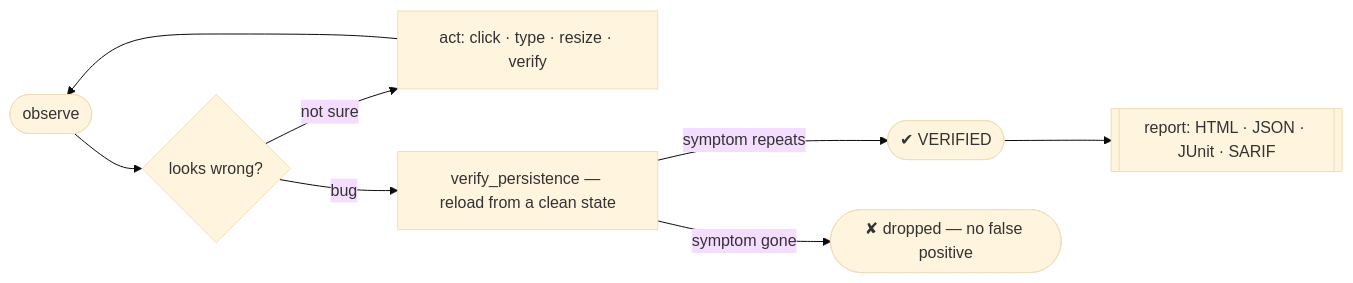
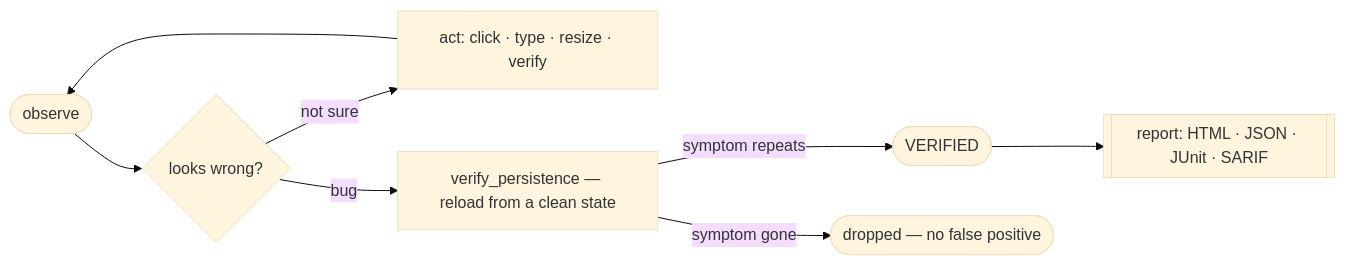
Before and after one commit to chriswu727/argus: the diagram in README.md, drawn with Mermaid (base theme). The commit also changed other lines of this file, not shown here.

````diff
--- a/README.md
+++ b/README.md
@@ -35,10 +35,10 @@
 ```mermaid
 flowchart LR
     A(["observe"]) --> B{"looks wrong?"}
     B -->|not sure| C["act: click · type · resize · verify"]
     C --> A
     B -->|bug| D["verify_persistence — reload from a clean state"]
-    D -->|symptom repeats| E(["✔ VERIFIED"])
-    D -->|symptom gone| F(["✘ dropped — no false positive"])
+    D -->|symptom repeats| E(["VERIFIED"])
+    D -->|symptom gone| F(["dropped — no false positive"])
     E --> G[["report: HTML · JSON · JUnit · SARIF"]]
 ```
````
